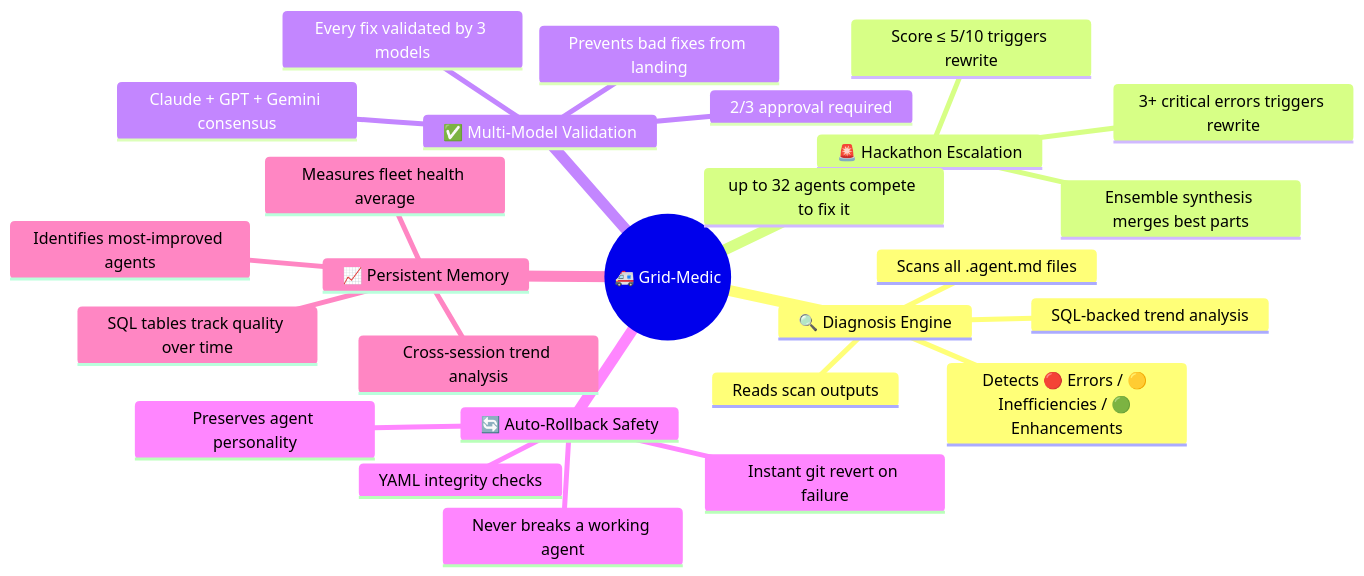
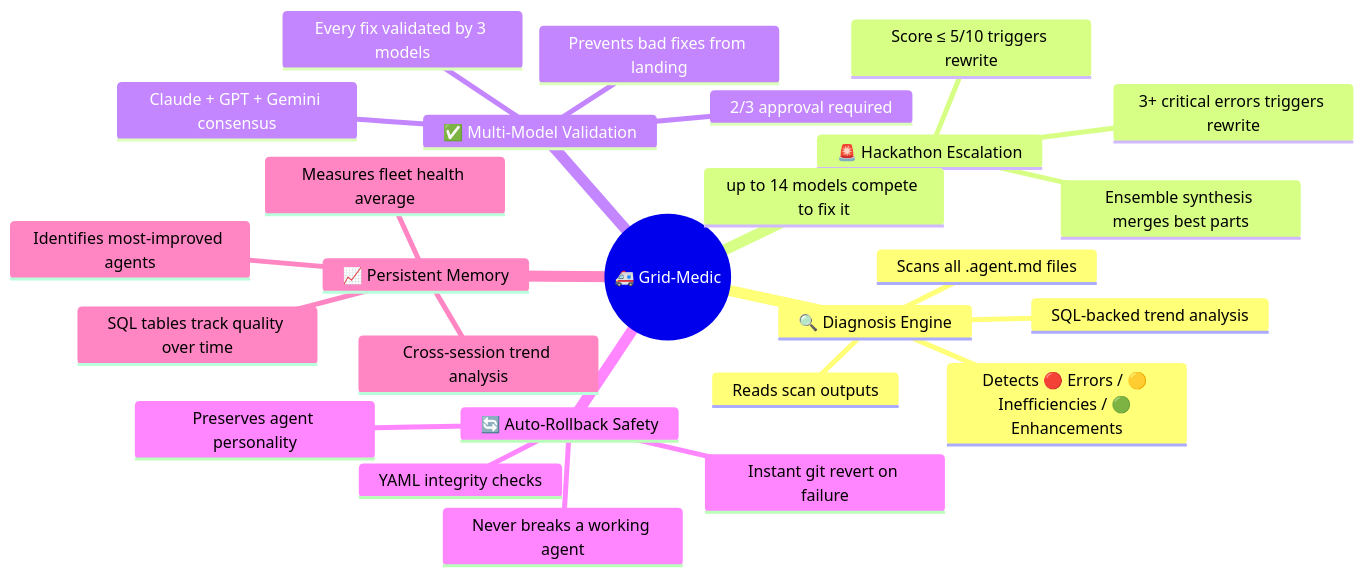
The third of 5 diagrams in docs/GRID-MEDIC-ARCHITECTURE.md (DUBSOpenHub/havoc-hackathon), drawn with Mermaid before and after one commit. The commit also changed other lines of this file and 1 other file, not shown here.

````diff
--- a/docs/GRID-MEDIC-ARCHITECTURE.md
+++ b/docs/GRID-MEDIC-ARCHITECTURE.md
@@ -88,29 +88,29 @@
 ```mermaid
 mindmap
   root((🚑 Grid-Medic))
     🔍 Diagnosis Engine
       Scans all .agent.md files
       Reads scan outputs
       Detects 🔴 Errors / 🟡 Inefficiencies / 🟢 Enhancements
       SQL-backed trend analysis
     🚨 Hackathon Escalation
       Score ≤ 5/10 triggers rewrite
       3+ critical errors triggers rewrite
-      up to 32 agents compete to fix it
+      up to 14 models compete to fix it
       Ensemble synthesis merges best parts
     ✅ Multi-Model Validation
       Every fix validated by 3 models
       Claude + GPT + Gemini consensus
       2/3 approval required
       Prevents bad fixes from landing
     🔄 Auto-Rollback Safety
       YAML integrity checks
       Instant git revert on failure
       Never breaks a working agent
       Preserves agent personality
     📈 Persistent Memory
       SQL tables track quality over time
       Cross-session trend analysis
       Identifies most-improved agents
       Measures fleet health average
 ```
````
